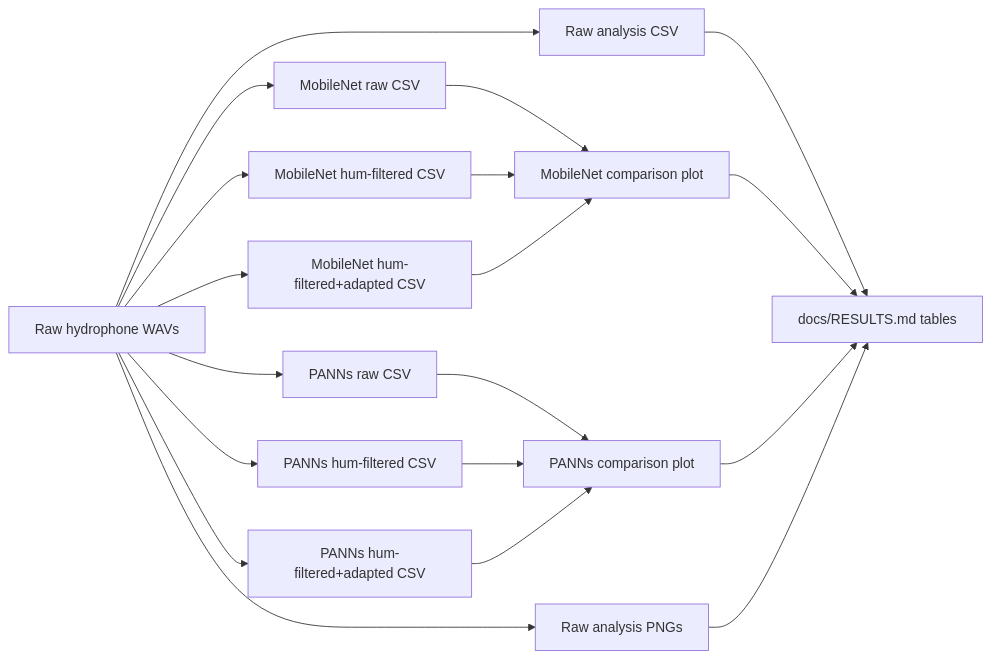
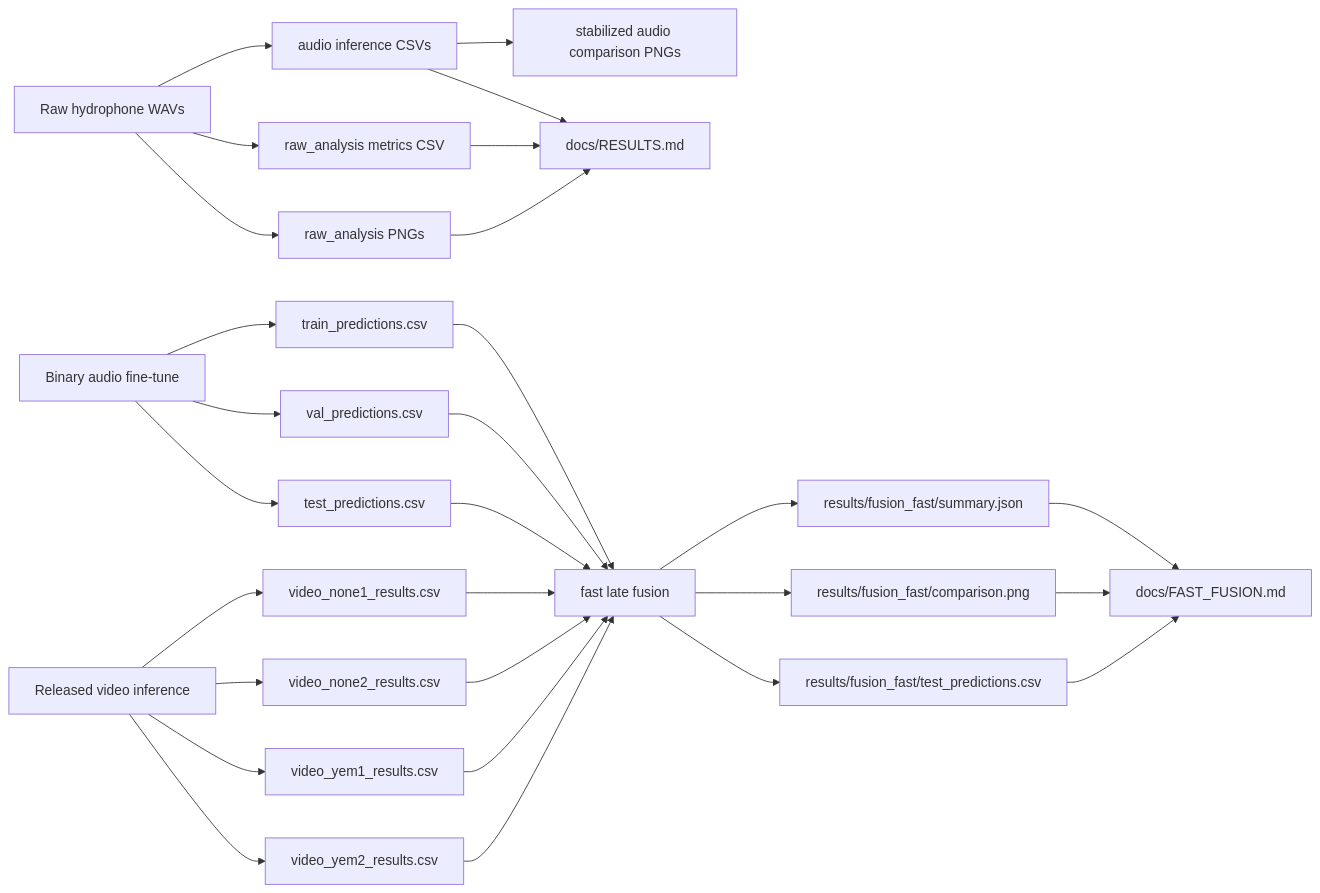
One commit to adzetto/u-ffia-hydrophone-pipeline changed the fourth of 4 diagrams in docs/PIPELINE.md. Above: the diagram before and after it, drawn with Mermaid. The commit also changed other lines of this file and 12 other files, not shown here.

Commit message:
Add Colab guide and fast AV fusion pipeline

````diff
--- a/docs/PIPELINE.md
+++ b/docs/PIPELINE.md
@@ -144,21 +272,31 @@
 ```mermaid
 flowchart LR
-    A[Raw hydrophone WAVs] --> B[Raw analysis CSV]
-    A --> C[Raw analysis PNGs]
-    A --> D[MobileNet raw CSV]
-    A --> E[MobileNet hum-filtered CSV]
-    A --> F[MobileNet hum-filtered+adapted CSV]
-    A --> G[PANNs raw CSV]
-    A --> H[PANNs hum-filtered CSV]
-    A --> I[PANNs hum-filtered+adapted CSV]
-    D --> J[MobileNet comparison plot]
-    E --> J
-    F --> J
-    G --> K[PANNs comparison plot]
-    H --> K
-    I --> K
-    B --> L[docs/RESULTS.md tables]
-    J --> L
-    K --> L
-    C --> L
+    A[Raw hydrophone WAVs] --> B[raw_analysis metrics CSV]
+    A --> C[raw_analysis PNGs]
+    A --> D[audio inference CSVs]
+    D --> E[stabilized audio comparison PNGs]
+    D --> F[docs/RESULTS.md]
+    B --> F
+    C --> F
+
+    G[Binary audio fine-tune] --> H[train_predictions.csv]
+    G --> I[val_predictions.csv]
+    G --> J[test_predictions.csv]
+    K[Released video inference] --> L[video_none1_results.csv]
+    K --> M[video_none2_results.csv]
+    K --> N[video_yem1_results.csv]
+    K --> O[video_yem2_results.csv]
+    H --> P[fast late fusion]
+    I --> P
+    J --> P
+    L --> P
+    M --> P
+    N --> P
+    O --> P
+    P --> Q[results/fusion_fast/summary.json]
+    P --> R[results/fusion_fast/comparison.png]
+    P --> S[results/fusion_fast/test_predictions.csv]
+    Q --> T[docs/FAST_FUSION.md]
+    R --> T
+    S --> T
 ```
````
